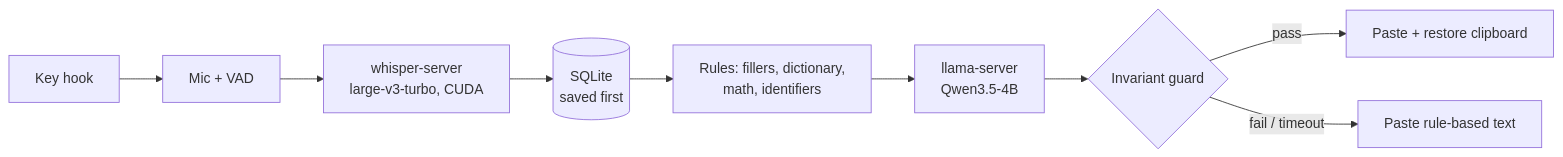
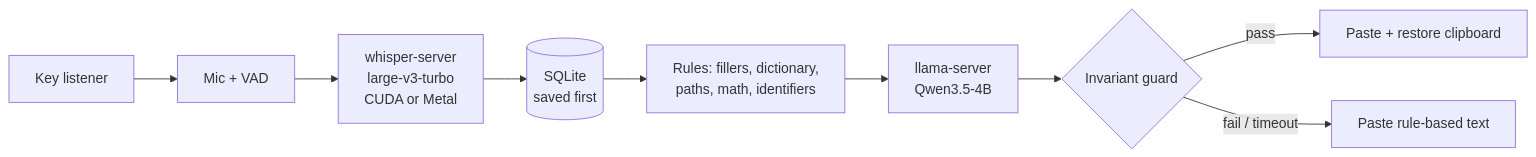
One commit to ParshvCrafts/Voxora changed the diagram in README.md. Above: the diagram before and after it, drawn with Mermaid. The commit also changed other lines of this file and 12 other files, not shown here.

````diff
--- a/README.md
+++ b/README.md
@@ -54,11 +59,11 @@
 ```mermaid
 flowchart LR
-  K[Key hook] --> M[Mic + VAD]
-  M --> W[whisper-server<br/>large-v3-turbo, CUDA]
+  K[Key listener] --> M[Mic + VAD]
+  M --> W[whisper-server<br/>large-v3-turbo<br/>CUDA or Metal]
   W --> S[(SQLite<br/>saved first)]
-  S --> N[Rules: fillers, dictionary,<br/>math, identifiers]
+  S --> N[Rules: fillers, dictionary,<br/>paths, math, identifiers]
   N --> L[llama-server<br/>Qwen3.5-4B]
   L --> G{Invariant guard}
   G -- pass --> P[Paste + restore clipboard]
   G -- fail / timeout --> P2[Paste rule-based text]
 ```
````
